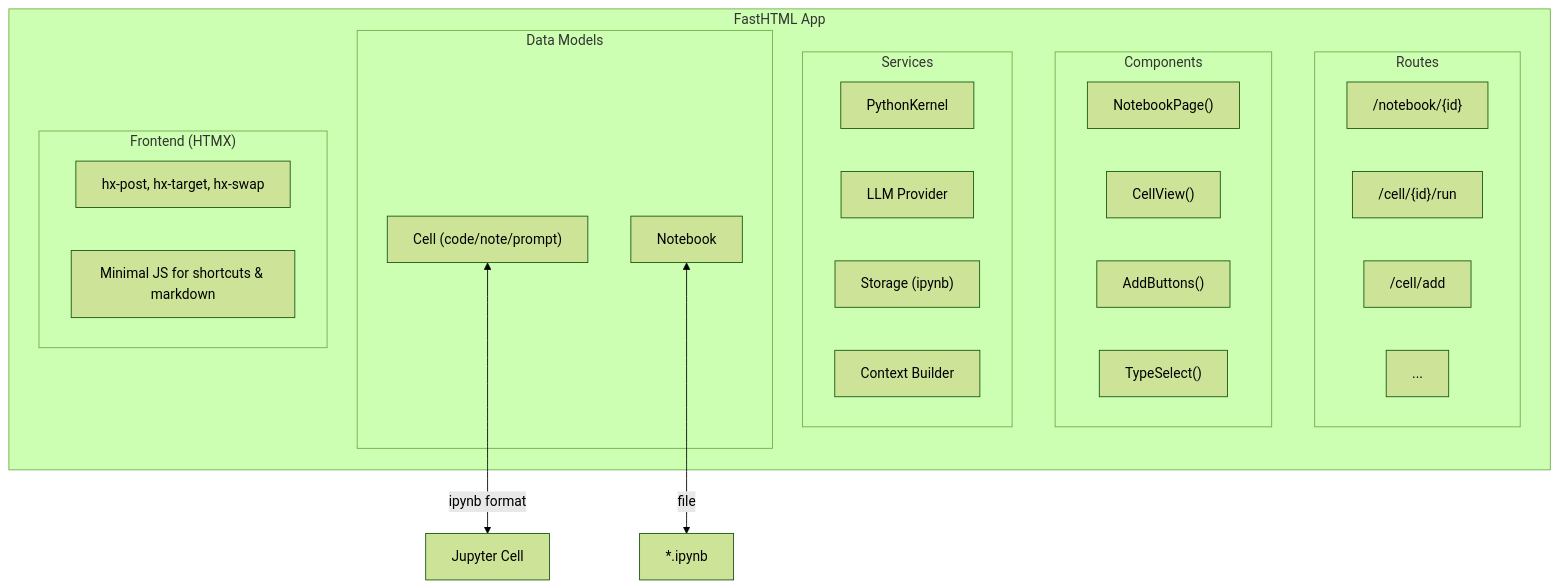
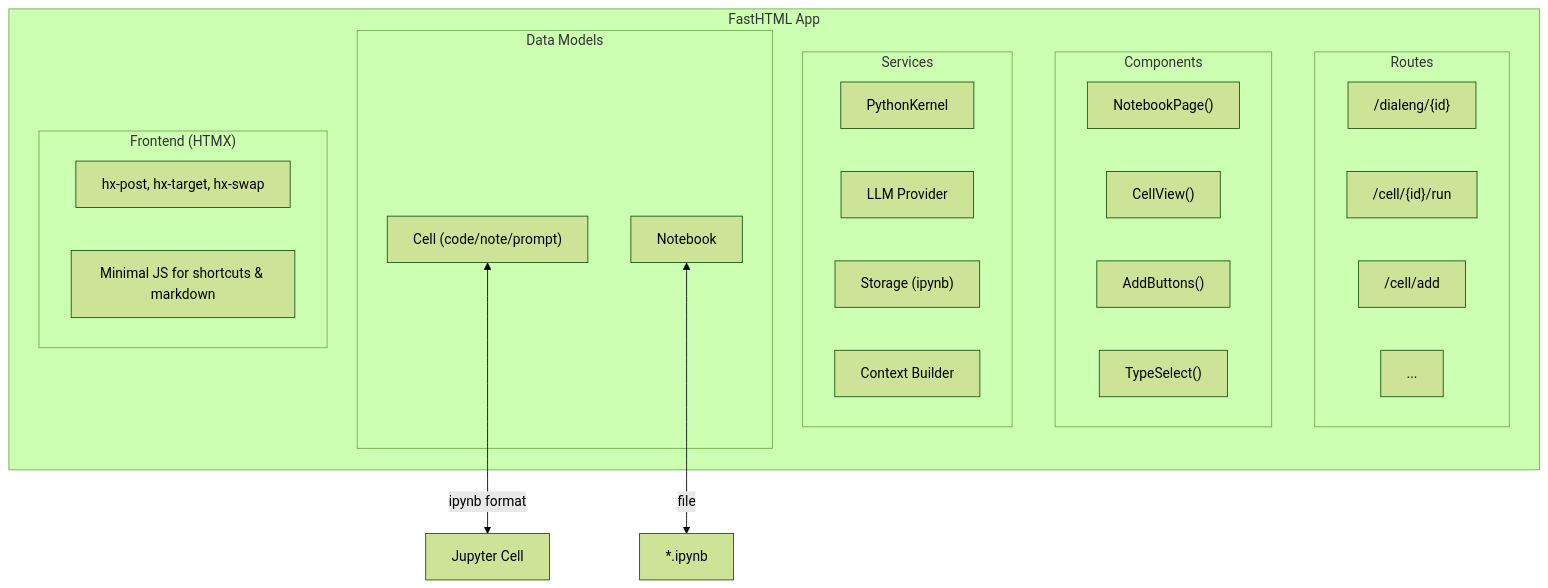
Before and after one commit to sgaseretto/solveish: the first of 4 diagrams in DEVELOPERS.md, drawn with Mermaid (forest theme). The commit also changed other lines of this file and 24 other files, not shown here.

````diff
--- a/DEVELOPERS.md
+++ b/DEVELOPERS.md
@@ -23,38 +23,38 @@
 ```mermaid
 flowchart TB
     subgraph FastHTML["FastHTML App"]
         subgraph Routes["Routes"]
-            r1["/notebook/{id}"]
+            r1["/dialeng/{id}"]
             r2["/cell/{id}/run"]
             r3["/cell/add"]
             r4["..."]
         end
 
         subgraph Components["Components"]
             c1["NotebookPage()"]
             c2["CellView()"]
             c3["AddButtons()"]
             c4["TypeSelect()"]
         end
 
         subgraph Services["Services"]
             s1["PythonKernel"]
             s2["LLM Provider"]
             s3["Storage (ipynb)"]
             s4["Context Builder"]
         end
 
         subgraph Models["Data Models"]
             m1["Cell (code/note/prompt)"]
             m2["Notebook"]
         end
 
         subgraph Frontend["Frontend (HTMX)"]
             f1["hx-post, hx-target, hx-swap"]
             f2["Minimal JS for shortcuts & markdown"]
         end
     end
 
     m1 <--> |"ipynb format"| JupyterCell["Jupyter Cell"]
     m2 <--> |"file"| ipynb["*.ipynb"]
 ```
````
